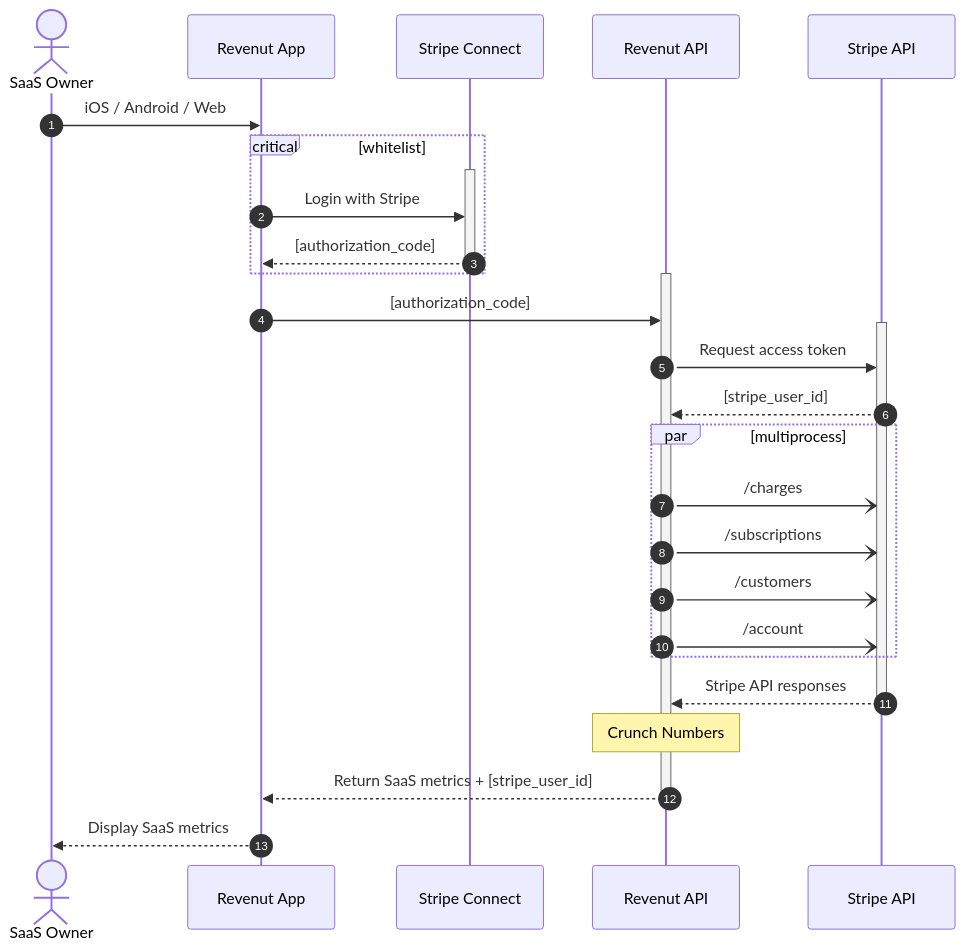
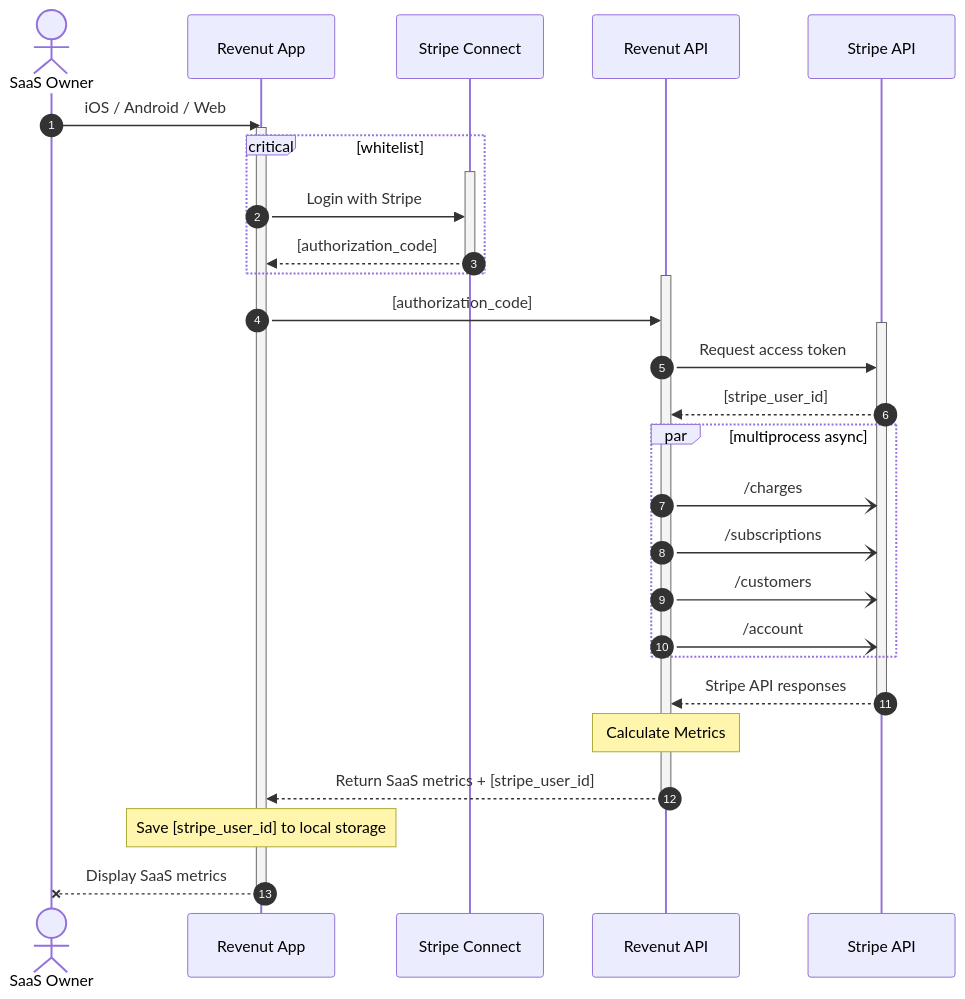
One commit to hbcondo/revenut-app changed the diagram in README.md. Above: the diagram before and after it, drawn with Mermaid.

Commit message:
added async and storage note to workflow

````diff
--- a/README.md
+++ b/README.md
@@ -57,29 +57,32 @@
 ```mermaid
 sequenceDiagram
     autonumber
     actor SaaS Owner
     SaaS Owner->>Revenut App: iOS / Android / Web
+    activate Revenut App
     critical whitelist
     activate Stripe Connect
     Revenut App->>Stripe Connect: Login with Stripe
     Stripe Connect-->>Revenut App: [authorization_code]
     deactivate Stripe Connect
     end
     activate Revenut API
     Revenut App->>Revenut API: [authorization_code]
     activate Stripe API
     Revenut API->>Stripe API: Request access token
     Stripe API-->>Revenut API: [stripe_user_id]
-    par multiprocess
+    par multiprocess async
       Revenut API-)Stripe API: /charges
       Revenut API-)Stripe API: /subscriptions
       Revenut API-)Stripe API: /customers
       Revenut API-)Stripe API: /account
     end
     Stripe API-->>Revenut API: Stripe API responses
     deactivate Stripe API
-    Note over Revenut API: Crunch Numbers 
+    Note over Revenut API: Calculate Metrics 
     Revenut API-->>Revenut App: Return SaaS metrics + [stripe_user_id]
     deactivate Revenut API
-    Revenut App-->>SaaS Owner: Display SaaS metrics
+    Note over Revenut App: Save [stripe_user_id] to local storage
+    Revenut App--xSaaS Owner: Display SaaS metrics
+    deactivate Revenut App
 ```
````
